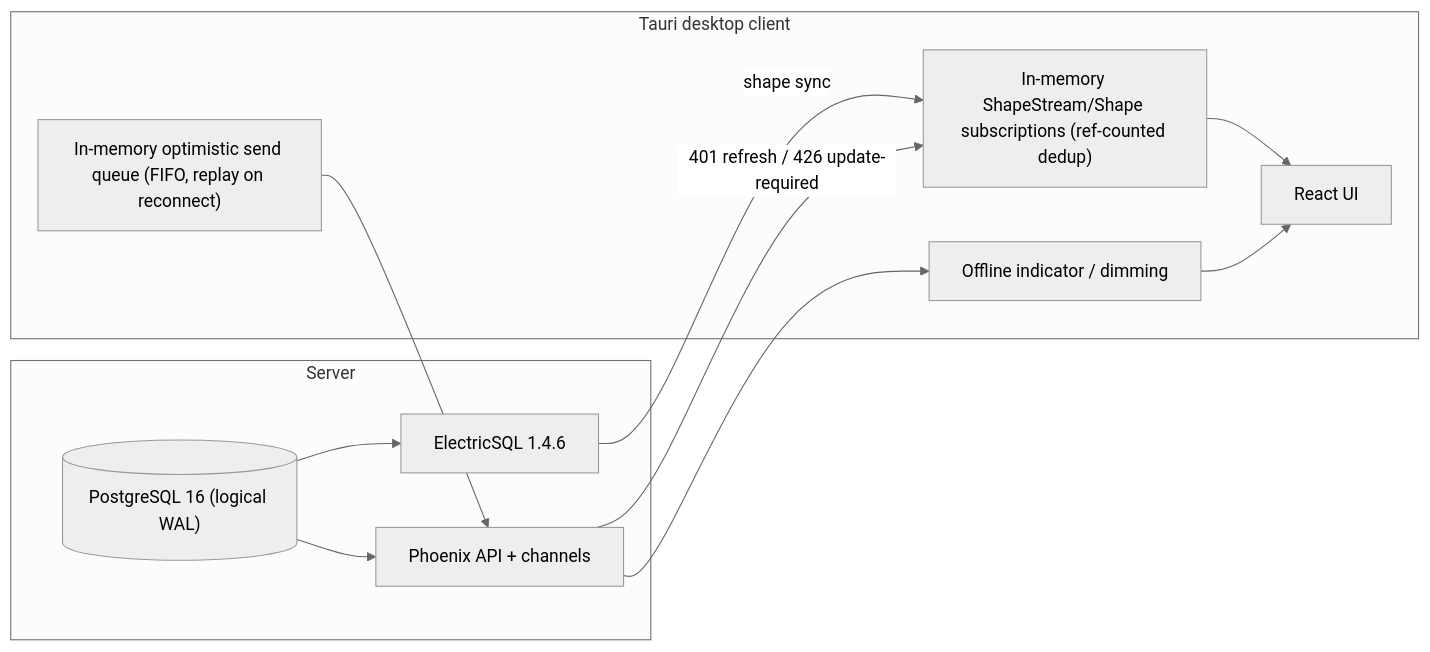
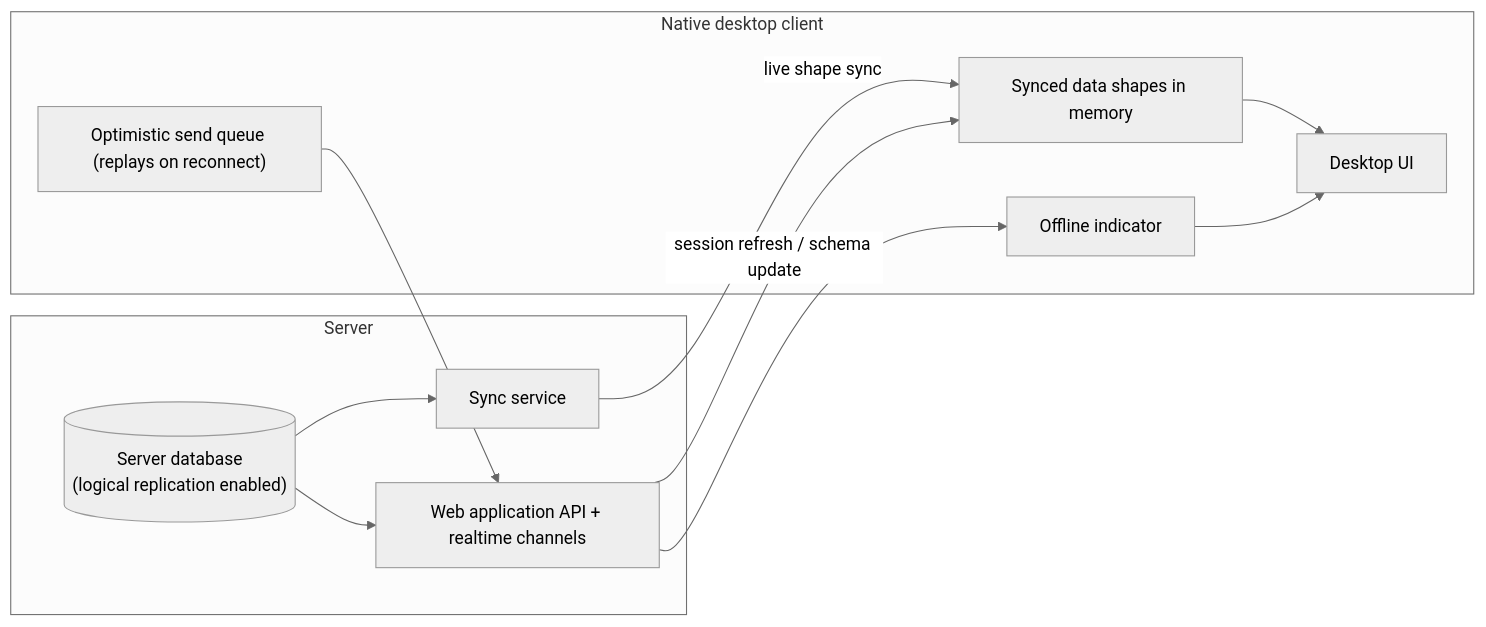
The diagram in flip-technical-overview/diagrams/client-synchronization.mmd (wahargis/portfolio), drawn with Mermaid (neutral theme) before and after one commit. The commit also changed 53 other files, not shown here.

Commit message:
Public-portfolio audit fixes: conceptual architecture pages, executive summaries, diagrams, and redactions

```diff
--- a/flip-technical-overview/diagrams/client-synchronization.mmd
+++ b/flip-technical-overview/diagrams/client-synchronization.mmd
@@ -1,20 +1,20 @@
 flowchart LR
     subgraph SERVER["Server"]
-        PG[("PostgreSQL 16 (logical WAL)")]
-        EL["ElectricSQL 1.4.6"]
-        PHX["Phoenix API + channels"]
-        PG --> EL
-        PG --> PHX
+        DB[("Server database<br/>(logical replication enabled)")]
+        SYNC["Sync service"]
+        APP["Web application API + realtime channels"]
+        DB --> SYNC
+        DB --> APP
     end
-    subgraph CLIENT["Tauri desktop client"]
-        SHAPES["In-memory ShapeStream/Shape subscriptions (ref-counted dedup)"]
-        UI["React UI"]
-        QUEUE["In-memory optimistic send queue (FIFO, replay on reconnect)"]
-        IND["Offline indicator / dimming"]
-        EL -->|shape sync| SHAPES
+    subgraph CLIENT["Native desktop client"]
+        SHAPES["Synced data shapes in memory"]
+        UI["Desktop UI"]
+        QUEUE["Optimistic send queue (replays on reconnect)"]
+        IND["Offline indicator"]
+        SYNC -->|live shape sync| SHAPES
         SHAPES --> UI
-        QUEUE --> PHX
-        PHX --> IND
+        QUEUE --> APP
+        APP --> IND
         IND --> UI
     end
-    PHX -->|401 refresh / 426 update-required| SHAPES
+    APP -->|session refresh / schema update| SHAPES
```
